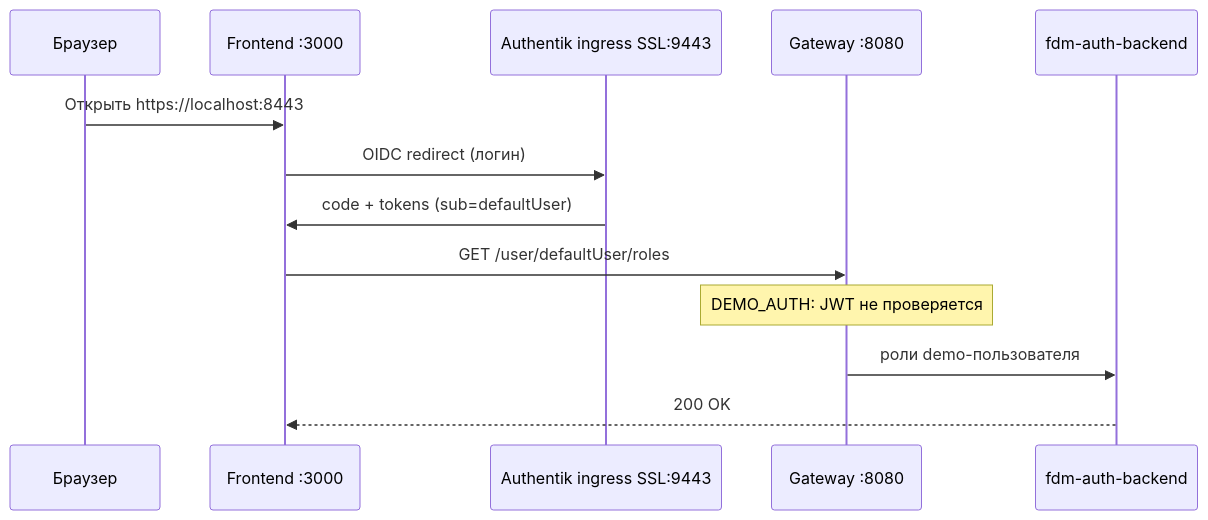
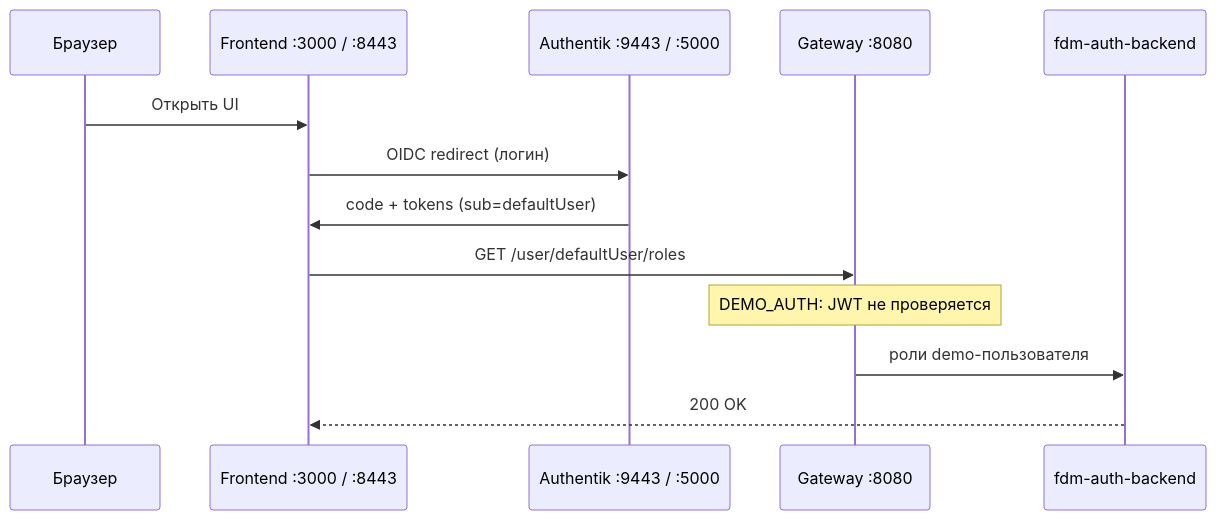
Before and after one commit to tech-beeline/beeatlas-fdm-infrastructure: the diagram in README.md, drawn with Mermaid. The commit also changed other lines of this file, not shown here.

````diff
--- a/README.md
+++ b/README.md
@@ -210,18 +282,16 @@
 ```mermaid
 sequenceDiagram
     participant U as Браузер
-    participant F as Frontend ingress SSL :8443
-    participant F as Frontend :3000
-    participant A as Authentik :5000
-    participant A as Authentik ingress SSL:9443
+    participant F as Frontend :3000 / :8443
+    participant A as Authentik :9443 / :5000
     participant G as Gateway :8080
     participant Auth as fdm-auth-backend
 
-    U->>F: Открыть https://localhost:8443
+    U->>F: Открыть UI
     F->>A: OIDC redirect (логин)
     A->>F: code + tokens (sub=defaultUser)
     F->>G: GET /user/defaultUser/roles
     Note over G: DEMO_AUTH: JWT не проверяется
     G->>Auth: роли demo-пользователя
     Auth-->>F: 200 OK
 ```
````
